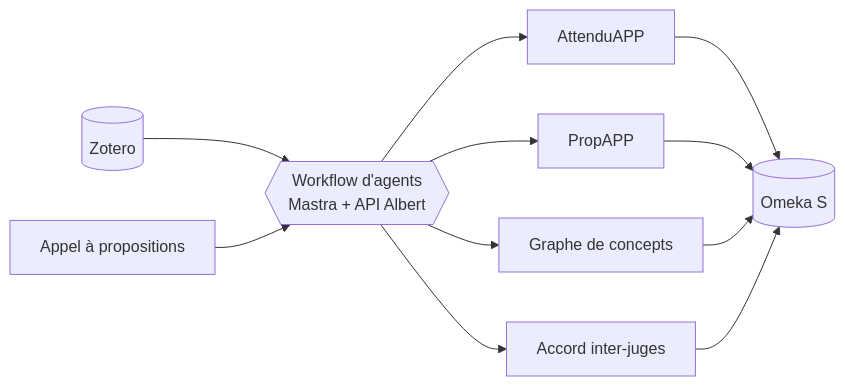
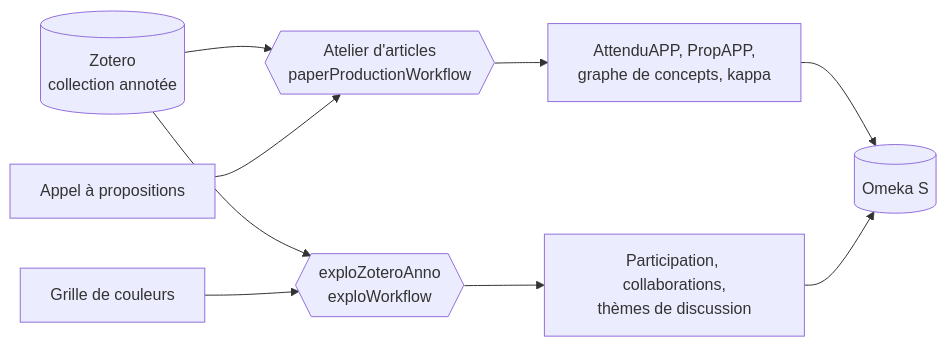
Before and after one commit to samszo/ecosysteme-agents-recherche: the diagram in README.md, drawn with Mermaid. The commit also changed other lines of this file and 10 other files, not shown here.

````diff
--- a/README.md
+++ b/README.md
@@ -13,10 +28,10 @@
 ```mermaid
 flowchart LR
-    Z[(Zotero)] --> W{{Workflow d'agents<br/>Mastra + API Albert}}
-    AAP[Appel à propositions] --> W
-    W --> A[AttenduAPP]
-    W --> P[PropAPP]
-    W --> G[Graphe de concepts]
-    W --> K[Accord inter-juges]
-    A & P & G & K --> O[(Omeka S)]
+    Z[(Zotero<br/>collection annotée)] --> W1{{Atelier d'articles<br/>paperProductionWorkflow}}
+    AAP[Appel à propositions] --> W1
+    Z --> W2{{exploZoteroAnno<br/>exploWorkflow}}
+    GR[Grille de couleurs] --> W2
+    W1 --> R1[AttenduAPP, PropAPP,<br/>graphe de concepts, kappa]
+    W2 --> R2[Participation, collaborations,<br/>thèmes de discussion]
+    R1 & R2 --> O[(Omeka S)]
 ```
````
